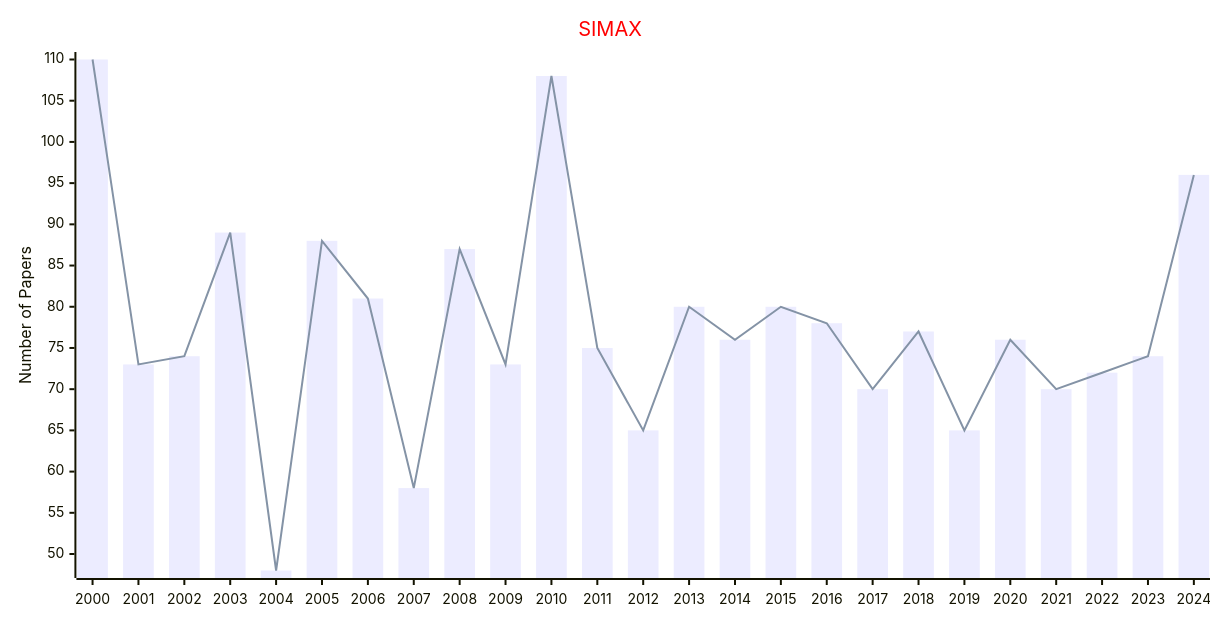
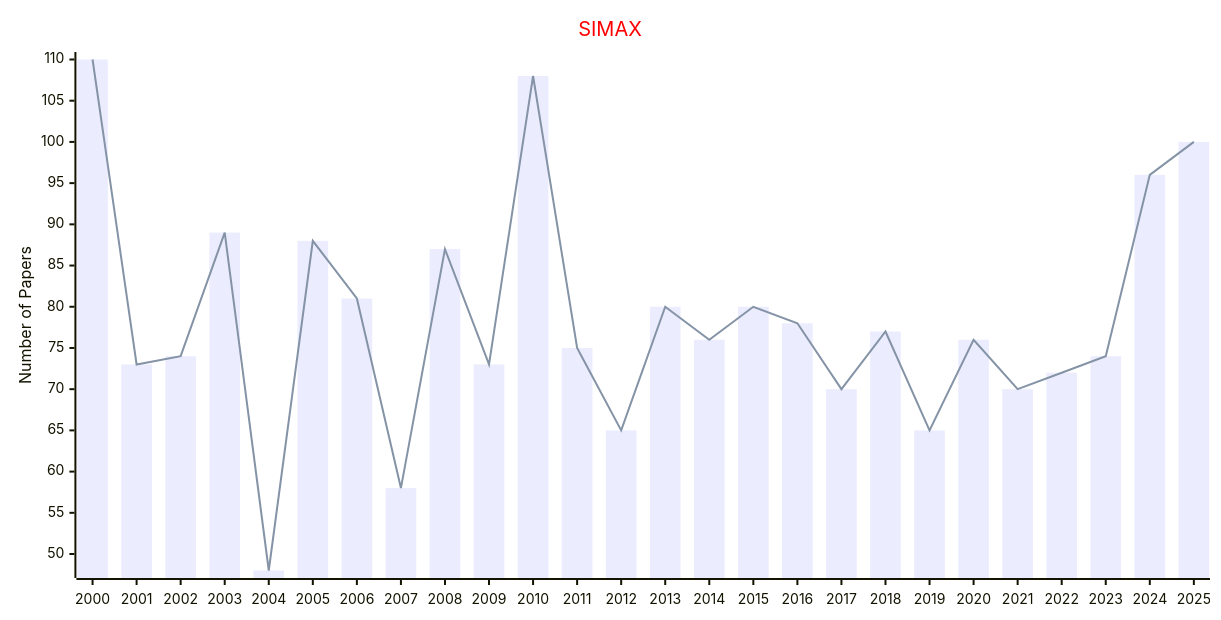
The diagram in docs/data/Journals/Statistics_Journals/Matrix_Analysis.md (Easy-PhD/AILinks), drawn with Mermaid before and after one commit. The commit also changed 93 other files, not shown here.

````diff
--- a/docs/data/Journals/Statistics_Journals/Matrix_Analysis.md
+++ b/docs/data/Journals/Statistics_Journals/Matrix_Analysis.md
@@ -9,17 +9,17 @@
 ```mermaid
 ---
 config:
     xyChart:
         width: 1200
         height: 600
     themeVariables:
         xyChart:
             titleColor: "#ff0000"
 ---
 xychart-beta
     title "SIMAX"
-    x-axis [2000, 2001, 2002, 2003, 2004, 2005, 2006, 2007, 2008, 2009, 2010, 2011, 2012, 2013, 2014, 2015, 2016, 2017, 2018, 2019, 2020, 2021, 2022, 2023, 2024]
+    x-axis [2000, 2001, 2002, 2003, 2004, 2005, 2006, 2007, 2008, 2009, 2010, 2011, 2012, 2013, 2014, 2015, 2016, 2017, 2018, 2019, 2020, 2021, 2022, 2023, 2024, 2025]
     y-axis "Number of Papers"
-    bar [110, 73, 74, 89, 48, 88, 81, 58, 87, 73, 108, 75, 65, 80, 76, 80, 78, 70, 77, 65, 76, 70, 72, 74, 96]
-    line [110, 73, 74, 89, 48, 88, 81, 58, 87, 73, 108, 75, 65, 80, 76, 80, 78, 70, 77, 65, 76, 70, 72, 74, 96]
+    bar [110, 73, 74, 89, 48, 88, 81, 58, 87, 73, 108, 75, 65, 80, 76, 80, 78, 70, 77, 65, 76, 70, 72, 74, 96, 100]
+    line [110, 73, 74, 89, 48, 88, 81, 58, 87, 73, 108, 75, 65, 80, 76, 80, 78, 70, 77, 65, 76, 70, 72, 74, 96, 100]
 ```
````
